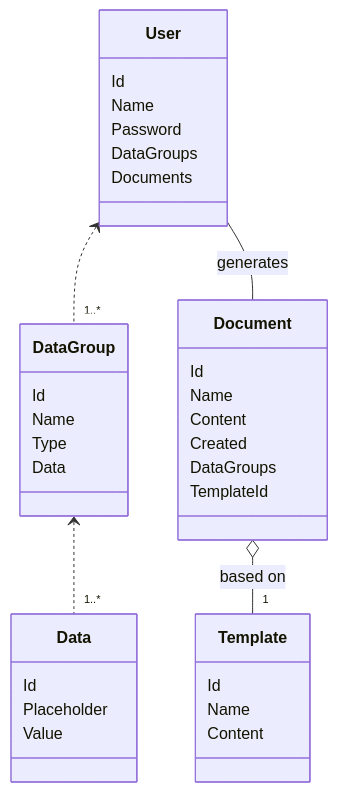
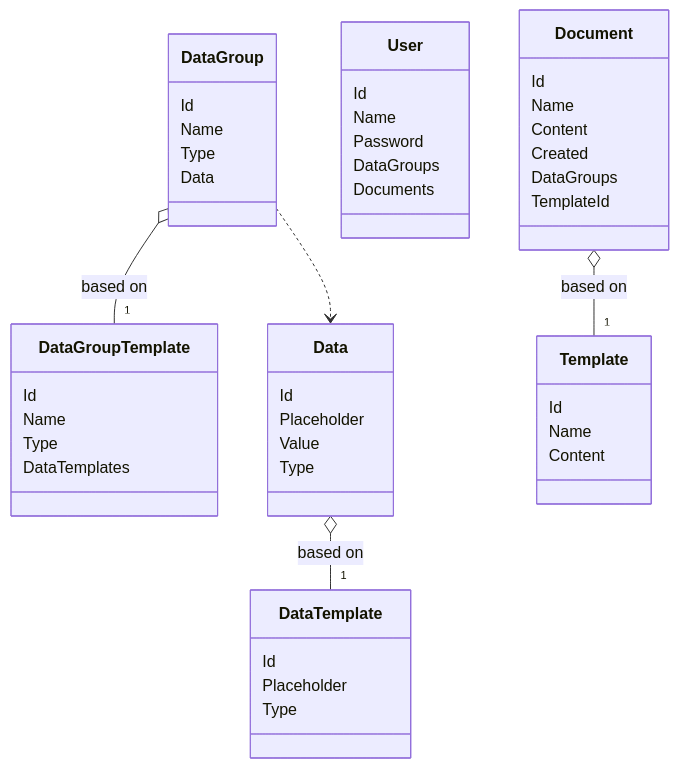
Before and after one commit to carpenterx/Electroform-Lite: the diagram in README.md, drawn with Mermaid.

Commit message:
Update class diagram

````diff
--- a/README.md
+++ b/README.md
@@ -3,39 +3,51 @@
 ```mermaid
 classDiagram
+class DataGroup{
+Id
+Name
+Type
+Data
+}
+class DataGroupTemplate{
+Id
+Name
+Type
+DataTemplates
+}
 class User{
 Id
 Name
 Password
 DataGroups
 Documents
-}
-class Data{
-Id
-Placeholder
-Value
-}
-class DataGroup{
-Id
-Name
-Type
-Data
 }
 class Document{
 Id
 Name
 Content
 Created
 DataGroups
 TemplateId
 }
+class Data{
+Id
+Placeholder
+Value
+Type
+}
 class Template{
 Id
 Name
 Content
 }
+class DataTemplate{
+Id
+Placeholder
+Type
+}
 
-User <.. "1..*" DataGroup
-DataGroup <.. "1..*" Data
-User -- Document : generates
+DataGroup o-- "1" DataGroupTemplate : based on
 Document o-- "1" Template : based on
+Data o-- "1" DataTemplate : based on
+DataGroup ..> Data
 ```
````
